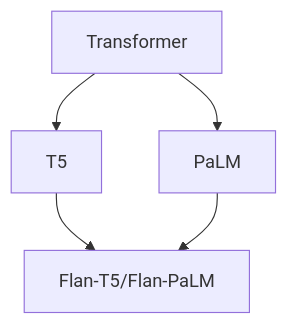
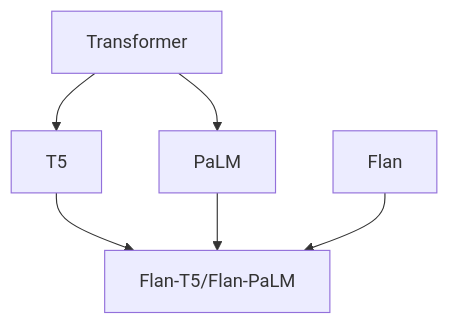
The tenth of 14 diagrams in doc/llm.md (ted-sharp/chatvox), drawn with Mermaid before and after one commit. The commit also changed other lines of this file, not shown here.

````diff
--- a/doc/llm.md
+++ b/doc/llm.md
@@ -393,6 +452,7 @@
 ```mermaid
 flowchart
 
 Transformer --> T5 --> Flan-T5/Flan-PaLM
 Transformer --> PaLM --> Flan-T5/Flan-PaLM
+Flan --> Flan-T5/Flan-PaLM
 ```
````
